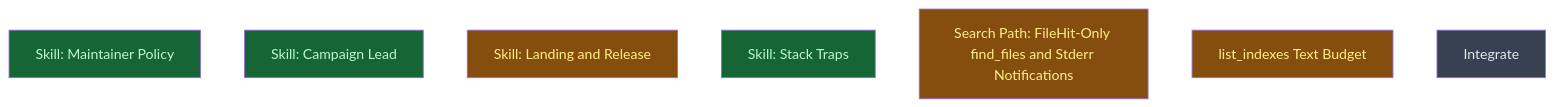
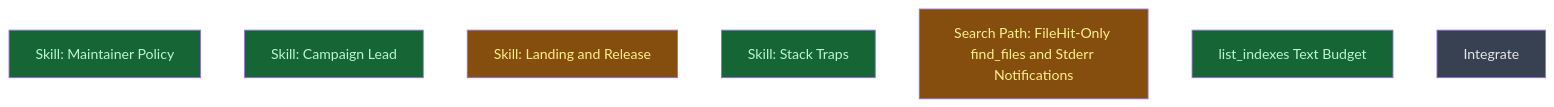
The diagram in __roadmap__/dev_plugin/README.md (CrackingShells/colgrep-mcp), drawn with Mermaid before and after one commit. The commit also changed other lines of this file and 1 other file, not shown here.

Commit message:
test(tests): treat a missing dev/skills directory as zero skills in the dev-plugin drift test
Three implementers saw FileNotFoundError from _skill_dirs on branches cut
before any skill existed, because git does not track the empty directory the
scaffold created. Zero skills is a valid state the test should pass through,
not crash on. Also marks list_indexes_budget done in the roadmap.

````diff
--- a/__roadmap__/dev_plugin/README.md
+++ b/__roadmap__/dev_plugin/README.md
@@ -33,15 +33,15 @@
 ```mermaid
 graph TD
     skill_policy[Skill: Maintainer Policy]:::done
     skill_campaign_lead[Skill: Campaign Lead]:::done
     skill_landing_release[Skill: Landing and Release]:::inprogress
     skill_stack_traps[Skill: Stack Traps]:::done
     search_path[Search Path: FileHit-Only find_files and Stderr Notifications]:::inprogress
-    list_indexes_budget[list_indexes Text Budget]:::inprogress
+    list_indexes_budget[list_indexes Text Budget]:::done
     integrate[Integrate]:::planned
     classDef done       fill:#166534,color:#bbf7d0
     classDef inprogress fill:#854d0e,color:#fef08a
     classDef planned    fill:#374151,color:#e5e7eb
     classDef amendment  fill:#1e3a5f,color:#bfdbfe
     classDef blocked    fill:#7f1d1d,color:#fecaca
 ```
````
